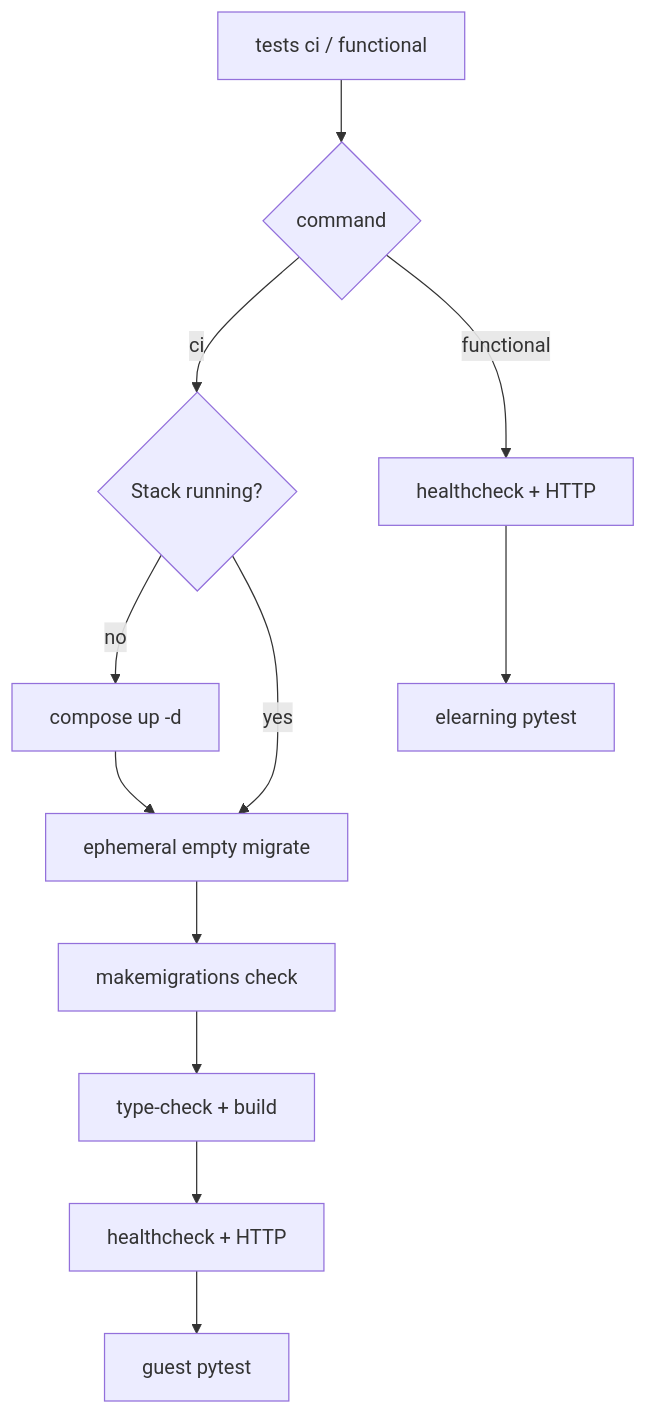
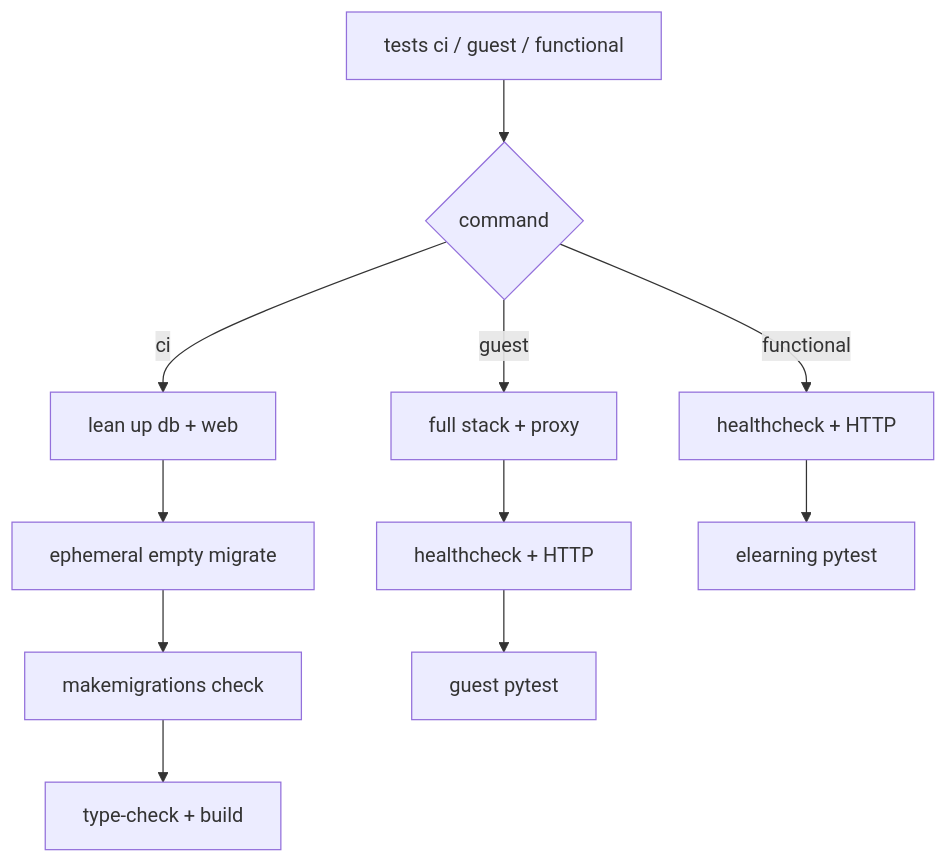
Before and after one commit to catalpainternational/catalpa-workspace-tooling: the diagram in docs/SMOKE_TESTS.md, drawn with Mermaid. The commit also changed other lines of this file and 6 other files, not shown here.

First line of the commit message:
tests ci: lean db+django gate without Playwright

````diff
--- a/docs/SMOKE_TESTS.md
+++ b/docs/SMOKE_TESTS.md
@@ -45,14 +47,13 @@
 ```mermaid
 flowchart TD
-  start[tests ci / functional] --> mode{command}
-  mode -->|ci| up{Stack running?}
-  up -->|no| composeUp[compose up -d]
-  up -->|yes| emptyMigrate
-  composeUp --> emptyMigrate[ephemeral empty migrate]
+  start[tests ci / guest / functional] --> mode{command}
+  mode -->|ci| upLean[lean up db + web]
+  upLean --> emptyMigrate[ephemeral empty migrate]
   emptyMigrate --> makemigrations[makemigrations check]
   makemigrations --> build[type-check + build]
-  build --> web[healthcheck + HTTP]
+  mode -->|guest| upFull[full stack + proxy]
+  upFull --> web[healthcheck + HTTP]
   web --> pytest[guest pytest]
   mode -->|functional| web2[healthcheck + HTTP]
   web2 --> pytestF[elearning pytest]
 ```
````
